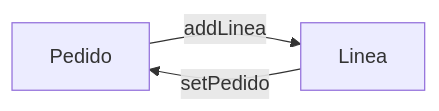
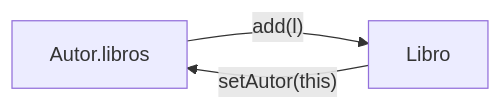
Before and after one commit to obiticadev/DAM-2025-26: the third of 5 diagrams in Programación/Aprendizaje autodidacta/11_APIRESTMasterclass/teoria/13_Relaciones_JPA.md, drawn with Mermaid. The commit also changed other lines of this file and 51 other files, not shown here.

````diff
--- a/Programación/Aprendizaje autodidacta/11_APIRESTMasterclass/teoria/13_Relaciones_JPA.md
+++ b/Programación/Aprendizaje autodidacta/11_APIRESTMasterclass/teoria/13_Relaciones_JPA.md
@@ -29,5 +191,5 @@
 ```mermaid
 flowchart LR
-    P[Pedido] -- addLinea --> L[Linea]
-    L -- setPedido --> P
+    A[Autor.libros] -- "add(l)" --> L[Libro]
+    L -- "setAutor(this)" --> A
 ```
````
